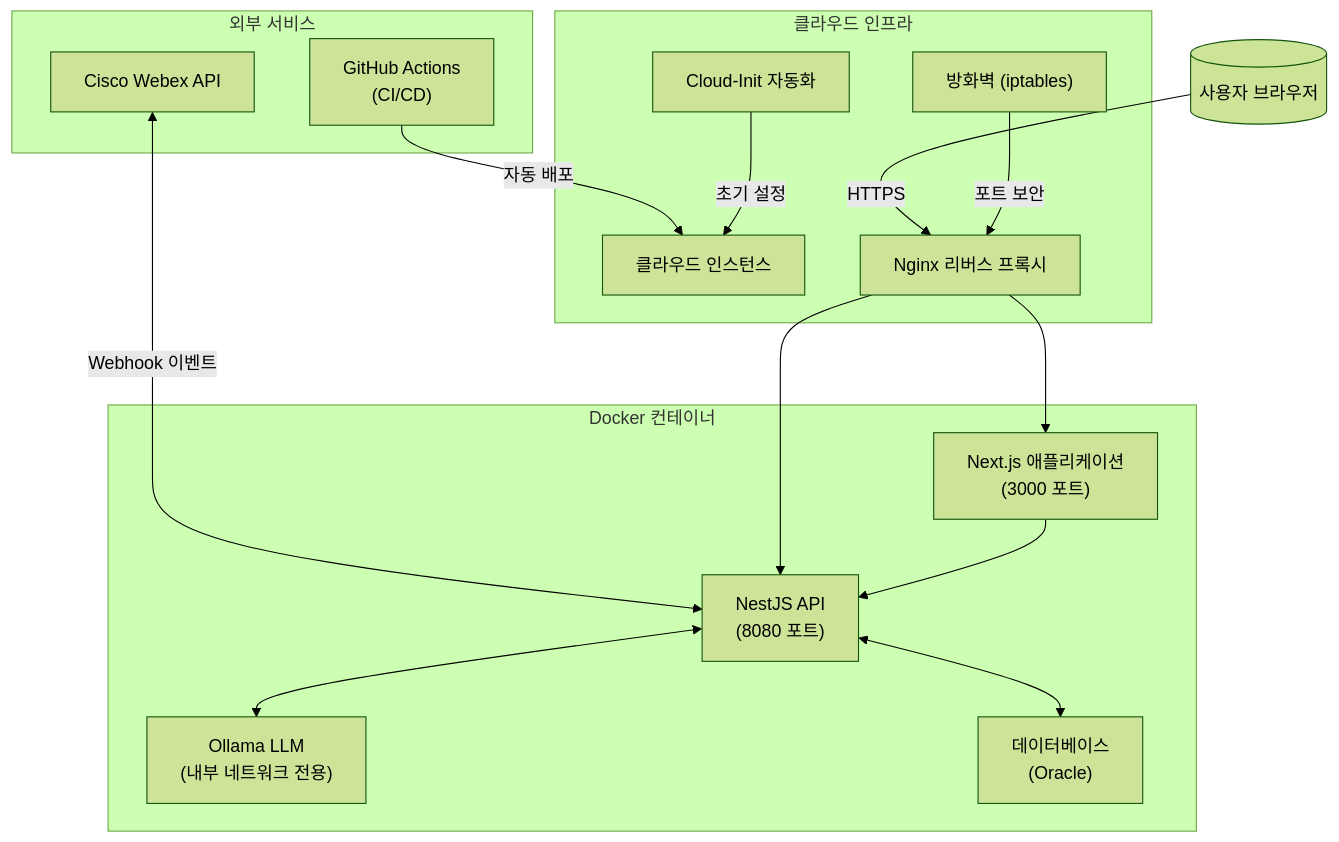
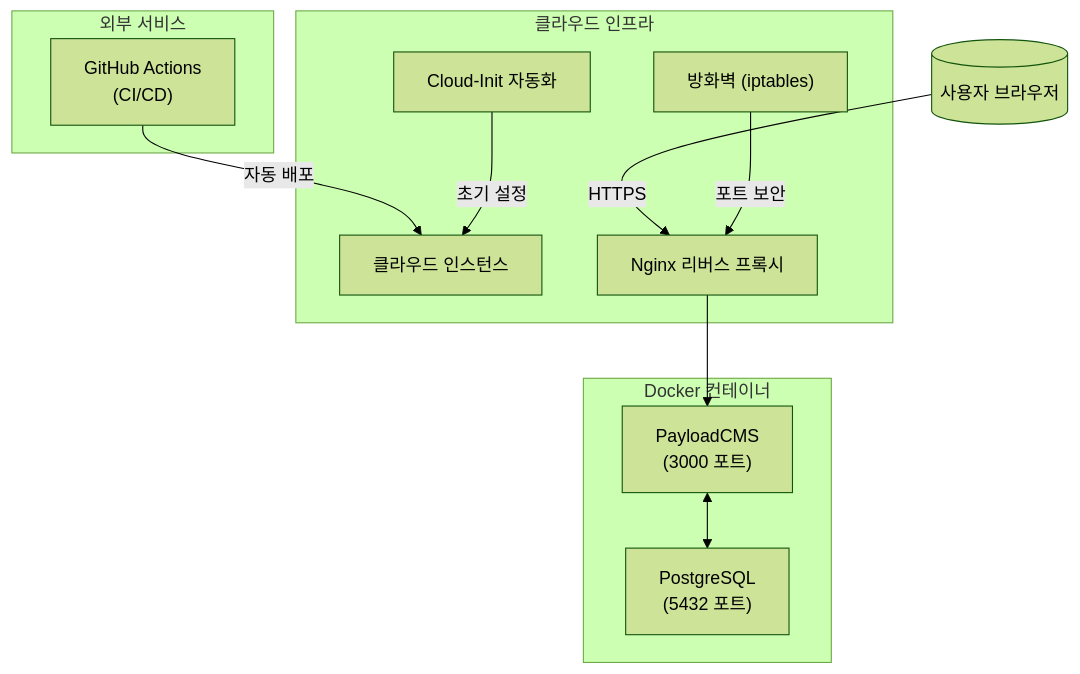
The first of 4 diagrams in README.md (HaeSim/bot-haesim-monorepo), drawn with Mermaid (forest theme) before and after one commit. The commit also changed other lines of this file and 176 other files, not shown here.

Commit message:
GitHub Actions 워크플로우 파일 수정: 직접 명령어로 PayloadCMS 배포 구성

````diff
--- a/README.md
+++ b/README.md
@@ -14,34 +14,27 @@
 ```mermaid
 graph TD
     subgraph "클라우드 인프라"
         CLOUD["클라우드 인스턴스"]
         NGINX["Nginx 리버스 프록시"]
         IPTABLES["방화벽 (iptables)"]
         CLOUDINIT["Cloud-Init 자동화"]
     end
 
     subgraph "Docker 컨테이너"
-        WEB["Next.js 애플리케이션\n(3000 포트)"]
-        API["NestJS API\n(8080 포트)"]
-        OLLAMA["Ollama LLM\n(내부 네트워크 전용)"]
-        DB["데이터베이스\n(Oracle)"]
+        PAYLOAD["PayloadCMS\n(3000 포트)"]
+        POSTGRES["PostgreSQL\n(5432 포트)"]
     end
 
     subgraph "외부 서비스"
-        WEBEX["Cisco Webex API"]
         GH["GitHub Actions\n(CI/CD)"]
     end
 
     CLIENT[("사용자 브라우저")] -->|HTTPS| NGINX
-    WEBEX <-->|Webhook 이벤트| API
     GH -->|자동 배포| CLOUD
     CLOUDINIT -->|초기 설정| CLOUD
 
-    NGINX --> WEB
-    NGINX --> API
-    API <--> DB
-    API <--> OLLAMA
-    WEB --> API
+    NGINX --> PAYLOAD
+    PAYLOAD <--> POSTGRES
 
     IPTABLES -->|포트 보안| NGINX
 ```
````
